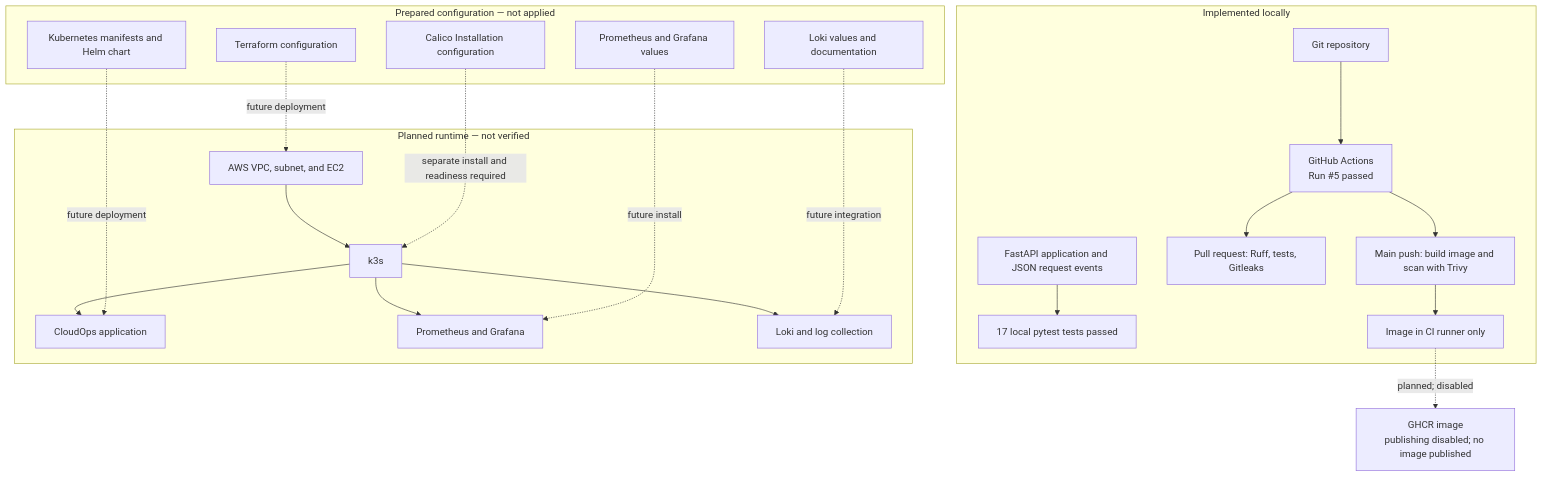
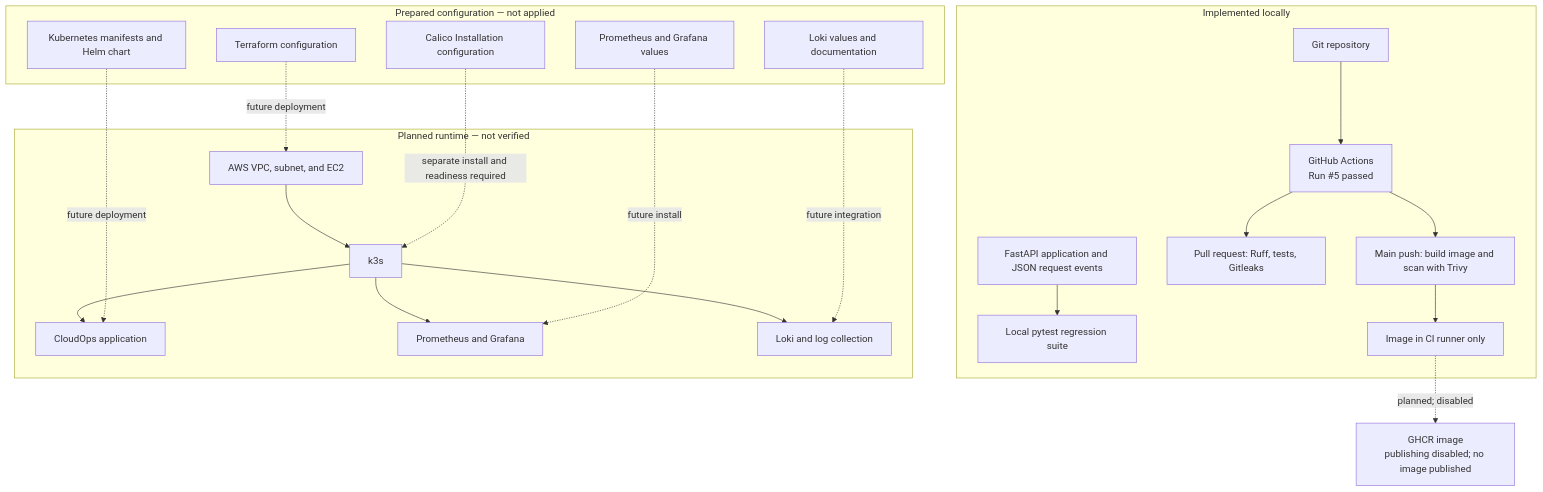
Before and after one commit to avinashmnth2507-dev/cloudops-platform: the diagram in docs/architecture.md, drawn with Mermaid. The commit also changed 14 other files, not shown here.

````diff
--- a/docs/architecture.md
+++ b/docs/architecture.md
@@ -26,34 +26,34 @@
 ```mermaid
 flowchart TB
   subgraph local["Implemented locally"]
-    app["FastAPI application and JSON request events"] --> tests["17 local pytest tests passed"]
+    app["FastAPI application and JSON request events"] --> tests["Local pytest regression suite"]
     repo["Git repository"] --> workflow["GitHub Actions<br/>Run #5 passed"]
     workflow --> validation["Pull request: Ruff, tests, Gitleaks"]
     workflow --> scan["Main push: build image and scan with Trivy"]
     scan --> localimage["Image in CI runner only"]
   end
 
   ghcr["GHCR image<br/>publishing disabled; no image published"]
   localimage -. "planned; disabled" .-> ghcr
 
   subgraph prepared["Prepared configuration — not applied"]
     terraform["Terraform configuration"]
     calico["Calico Installation configuration"]
     manifests["Kubernetes manifests and Helm chart"]
     monitoring["Prometheus and Grafana values"]
     loki["Loki values and documentation"]
   end
 
   subgraph future["Planned runtime — not verified"]
     aws["AWS VPC, subnet, and EC2"] --> k3s["k3s"]
     k3s --> cloudops["CloudOps application"]
     k3s --> prom["Prometheus and Grafana"]
     k3s --> lokiworkload["Loki and log collection"]
   end
 
   terraform -. "future deployment" .-> aws
   calico -. "separate install and readiness required" .-> k3s
   manifests -. "future deployment" .-> cloudops
   monitoring -. "future install" .-> prom
   loki -. "future integration" .-> lokiworkload
 ```
````
